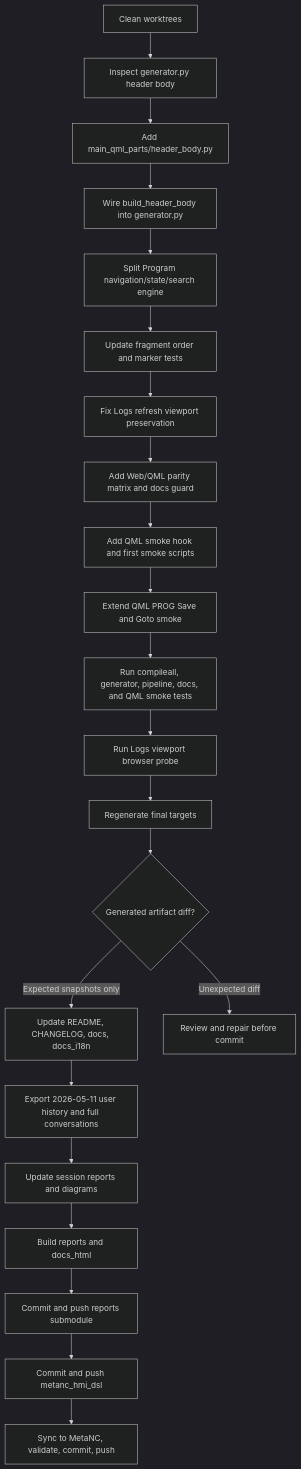
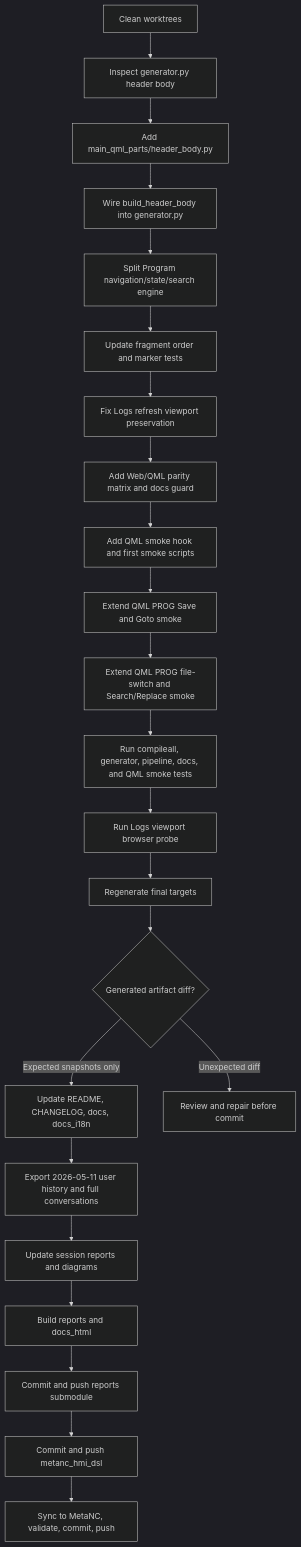
Before and after one commit to luppiterw/metanc_hmi_dsl_reports: the diagram in 2026-05-11-codex-session/workflow-diagram.md, drawn with Mermaid (dark theme). The commit also changed 17 other files, not shown here.

Commit message:
docs: update 2026-05-11 QML PROG smoke report

````diff
--- a/2026-05-11-codex-session/workflow-diagram.md
+++ b/2026-05-11-codex-session/workflow-diagram.md
@@ -3,24 +3,25 @@
 ```mermaid
 flowchart TD
     A[Clean worktrees] --> B[Inspect generator.py header body]
     B --> C[Add main_qml_parts/header_body.py]
     C --> D[Wire build_header_body into generator.py]
     D --> E[Split Program navigation/state/search engine]
     E --> F[Update fragment order and marker tests]
     F --> G[Fix Logs refresh viewport preservation]
     G --> H[Add Web/QML parity matrix and docs guard]
     H --> I[Add QML smoke hook and first smoke scripts]
     I --> I2[Extend QML PROG Save and Goto smoke]
-    I2 --> J[Run compileall, generator, pipeline, docs, and QML smoke tests]
+    I2 --> I3[Extend QML PROG file-switch and Search/Replace smoke]
+    I3 --> J[Run compileall, generator, pipeline, docs, and QML smoke tests]
     J --> K[Run Logs viewport browser probe]
     K --> L[Regenerate final targets]
     L --> M{Generated artifact diff?}
     M -->|Expected snapshots only| N[Update README, CHANGELOG, docs, docs_i18n]
     M -->|Unexpected diff| R[Review and repair before commit]
     N --> O[Export 2026-05-11 user history and full conversations]
     O --> P[Update session reports and diagrams]
     P --> Q[Build reports and docs_html]
     Q --> S[Commit and push reports submodule]
     S --> T[Commit and push metanc_hmi_dsl]
     T --> U[Sync to MetaNC, validate, commit, push]
 ```
````
